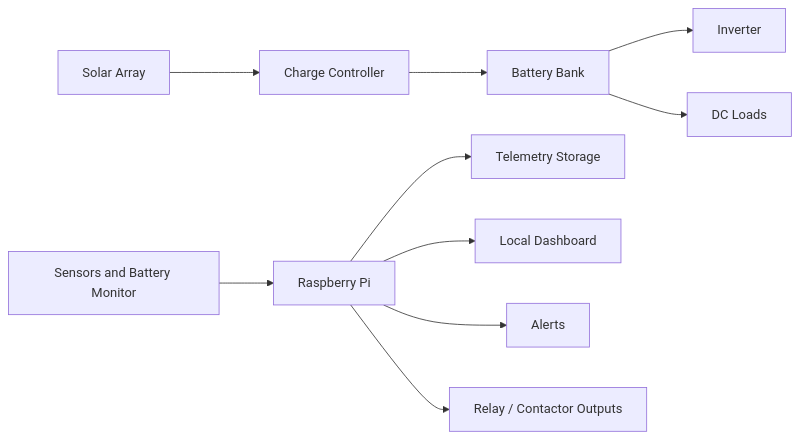
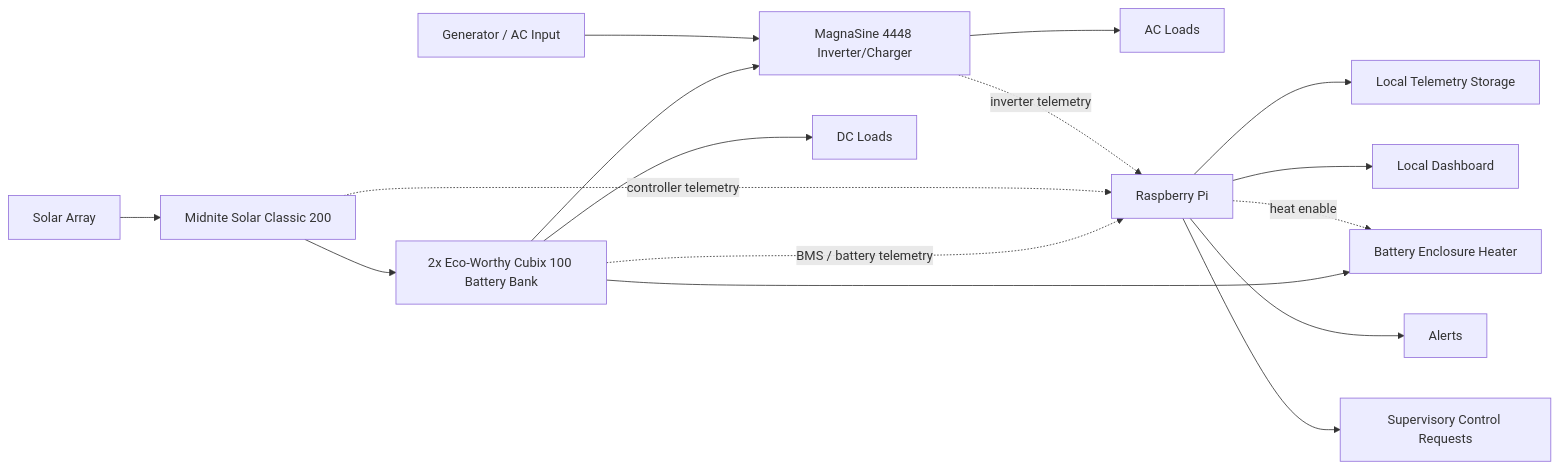
Before and after one commit to finitor/power-system: the diagram in docs/architecture.md, drawn with Mermaid. The commit also changed other lines of this file and 18 other files, not shown here.

````diff
--- a/docs/architecture.md
+++ b/docs/architecture.md
@@ -7,12 +13,18 @@
 ```mermaid
 flowchart LR
   Solar[Solar Array] --> Charge[Charge Controller]
-  Charge --> Battery[Battery Bank]
-  Battery --> Inverter[Inverter]
+  Charge[Midnite Solar Classic 200] --> Battery[2x Eco-Worthy Cubix 100 Battery Bank]
+  Battery --> Inverter[MagnaSine 4448 Inverter/Charger]
+  Battery --> Heater[Battery Enclosure Heater]
+  Inverter --> ACLoads[AC Loads]
   Battery --> DCLoads[DC Loads]
-  Sensors[Sensors and Battery Monitor] --> Pi[Raspberry Pi]
-  Pi --> Telemetry[Telemetry Storage]
+  Generator[Generator / AC Input] --> Inverter
+  Battery -. BMS / battery telemetry .-> Pi[Raspberry Pi]
+  Charge -. controller telemetry .-> Pi
+  Inverter -. inverter telemetry .-> Pi
+  Pi --> Telemetry[Local Telemetry Storage]
   Pi --> Dashboard[Local Dashboard]
   Pi --> Alerts[Alerts]
-  Pi --> Control[Relay / Contactor Outputs]
+  Pi --> Control[Supervisory Control Requests]
+  Pi -. heat enable .-> Heater
 ```
````
